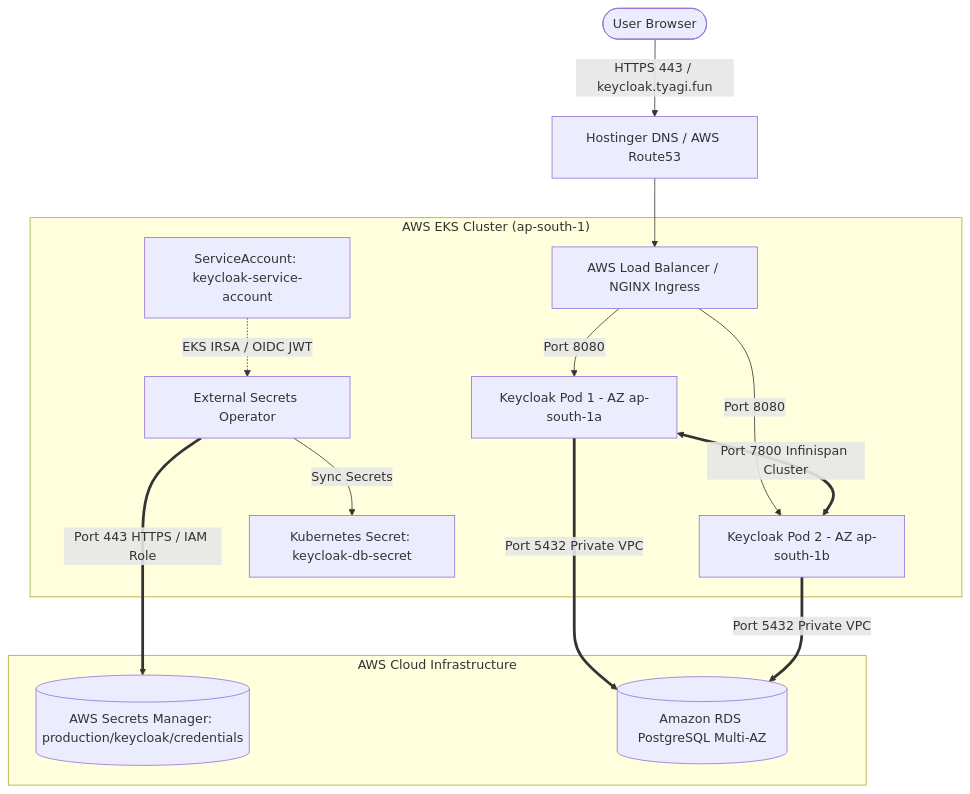
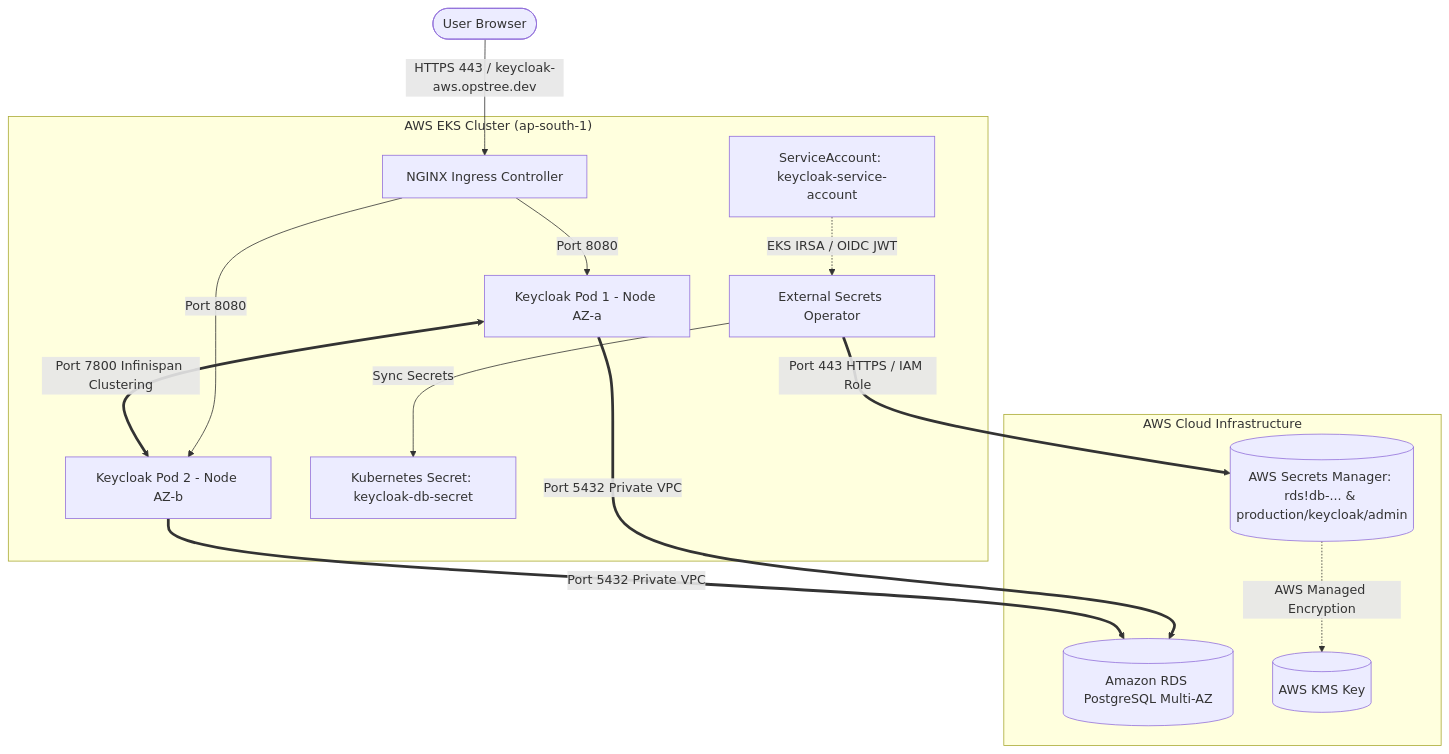
The diagram in README.md (asmabadrwork/keycloak-helm), drawn with Mermaid before and after one commit. The commit also changed other lines of this file and 5 other files, not shown here.

````diff
--- a/README.md
+++ b/README.md
@@ -9,21 +9,21 @@
 ```mermaid
 graph TD
-    Client([User Browser]) -->|HTTPS 443 / keycloak.tyagi.fun| DNS[Hostinger DNS / AWS Route53]
-    DNS --> ALB[AWS Load Balancer / NGINX Ingress]
+    Client([User Browser]) -->|HTTPS 443 / keycloak-aws.opstree.dev| Ingress[NGINX Ingress Controller]
     
     subgraph EKS["AWS EKS Cluster (ap-south-1)"]
-        ALB -->|Port 8080| K1[Keycloak Pod 1 - AZ ap-south-1a]
-        ALB -->|Port 8080| K2[Keycloak Pod 2 - AZ ap-south-1b]
+        Ingress -->|Port 8080| K1[Keycloak Pod 1 - Node AZ-a]
+        Ingress -->|Port 8080| K2[Keycloak Pod 2 - Node AZ-b]
         
-        K1 <==>|Port 7800 Infinispan Cluster| K2
+        K1 <==>|Port 7800 Infinispan Clustering| K2
         
         ESO[External Secrets Operator] -->|Sync Secrets| KSEC[Kubernetes Secret: keycloak-db-secret]
         SA[ServiceAccount: keycloak-service-account] -.->|EKS IRSA / OIDC JWT| ESO
     end
 
     subgraph AWS["AWS Cloud Infrastructure"]
-        ESO ==>|Port 443 HTTPS / IAM Role| SM[(AWS Secrets Manager: production/keycloak/credentials)]
+        ESO ==>|Port 443 HTTPS / IAM Role| SM[(AWS Secrets Manager: rds!db-... & production/keycloak/admin)]
         K1 ==>|Port 5432 Private VPC| RDS[(Amazon RDS PostgreSQL Multi-AZ)]
         K2 ==>|Port 5432 Private VPC| RDS
+        SM -.->|AWS Managed Encryption| KMS[(AWS KMS Key)]
     end
 ```
````
